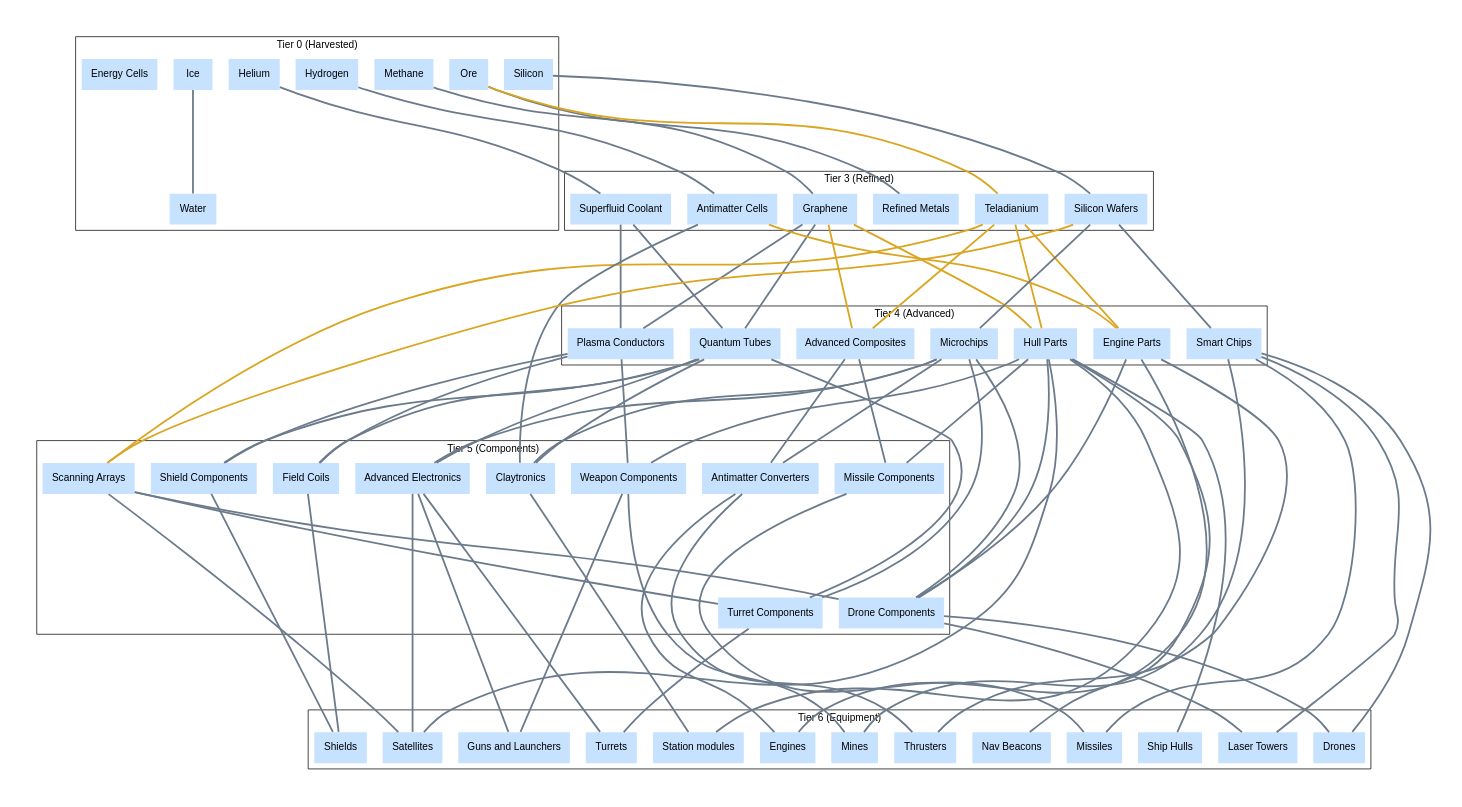
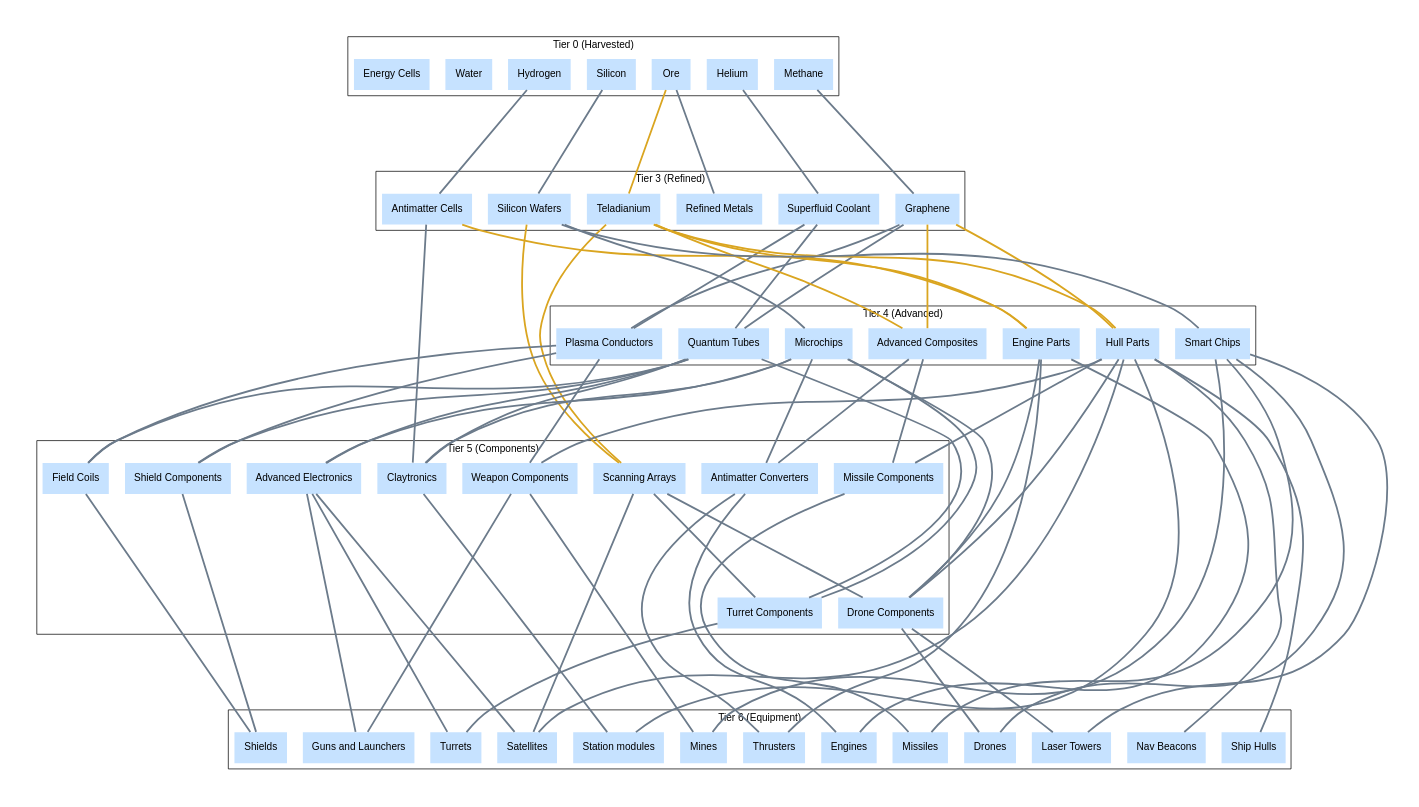
Before and after one commit to borntyping/x4-diagrams: the diagram in docs/teladi_construction_graph.dot, drawn with Graphviz. The commit also changed 76 other files, not shown here.

```diff
--- a/docs/teladi_construction_graph.dot
+++ b/docs/teladi_construction_graph.dot
@@ -1,139 +1,137 @@
 graph "X4 Economy" {
 	compound=true fontname="Helvetica,Arial,sans-serif"
 	graph [nodesep=0.3 pad=0.5 ranksep=2]
 	node [color=slategray1 fontname="Helvetica,Arial,sans-serif" margin=0.2 penwidth=0 shape=record style=filled]
 	edge [fontname="Helvetica,Arial,sans-serif" penwidth=2.5]
 	subgraph 0 {
 		cluster=true label="Tier 0 (Harvested)"
 		Helium [colour=lightsteelblue2 shape=box]
 		Methane [colour=lightsteelblue2 shape=box]
 		Ore [colour=lightsteelblue2 shape=box]
 		Hydrogen [colour=lightsteelblue2 shape=box]
 		Silicon [colour=lightsteelblue2 shape=box]
-		Ice [colour=lightsteelblue2 shape=box]
 		Water [colour=lightsteelblue2 shape=box]
 		"Energy Cells" [colour=lightsteelblue2 shape=box]
 	}
 	subgraph 1 {
 		cluster=true label="Tier 1 (Basic Food)"
 	}
 	subgraph 2 {
 		cluster=true label="Tier 2 (Food and Drugs)"
 	}
 	subgraph 3 {
 		cluster=true label="Tier 3 (Refined)"
 		"Superfluid Coolant" [colour=lightsteelblue2 shape=box]
 		Graphene [colour=lightsteelblue2 shape=box]
 		"Refined Metals" [colour=lightsteelblue2 shape=box]
 		Teladianium [colour=lightsteelblue2 shape=box]
 		"Antimatter Cells" [colour=lightsteelblue2 shape=box]
 		"Silicon Wafers" [colour=lightsteelblue2 shape=box]
 	}
 	subgraph 4 {
 		cluster=true label="Tier 4 (Advanced)"
 		"Plasma Conductors" [colour=lightsteelblue2 shape=box]
 		"Quantum Tubes" [colour=lightsteelblue2 shape=box]
 		"Advanced Composites" [colour=lightsteelblue2 shape=box]
 		"Hull Parts" [colour=lightsteelblue2 shape=box]
 		"Engine Parts" [colour=lightsteelblue2 shape=box]
 		Microchips [colour=lightsteelblue2 shape=box]
 		"Smart Chips" [colour=lightsteelblue2 shape=box]
 	}
 	subgraph 5 {
 		cluster=true label="Tier 5 (Components)"
 		"Drone Components" [colour=lightsteelblue2 shape=box]
 		"Turret Components" [colour=lightsteelblue2 shape=box]
 		"Missile Components" [colour=lightsteelblue2 shape=box]
 		"Field Coils" [colour=lightsteelblue2 shape=box]
 		"Shield Components" [colour=lightsteelblue2 shape=box]
 		"Antimatter Converters" [colour=lightsteelblue2 shape=box]
 		"Weapon Components" [colour=lightsteelblue2 shape=box]
 		"Scanning Arrays" [colour=orange1 shape=box]
 		Claytronics [colour=lightsteelblue2 shape=box]
 		"Advanced Electronics" [colour=lightsteelblue2 shape=box]
 	}
 	subgraph 6 {
 		cluster=true label="Tier 6 (Equipment)"
 		"Ship Hulls" [colour=lightsteelblue2 shape=box]
 		"Nav Beacons" [colour=lightsteelblue2 shape=box]
 		Missiles [colour=lightsteelblue2 shape=box]
 		"Station modules" [colour=hotpink1 shape=box]
 		Engines [colour=hotpink1 shape=box]
 		Thrusters [colour=hotpink1 shape=box]
 		Mines [colour=lightsteelblue2 shape=box]
 		Drones [colour=lightsteelblue2 shape=box]
 		"Laser Towers" [colour=lightsteelblue2 shape=box]
 		Shields [colour=hotpink1 shape=box]
 		Turrets [colour=hotpink1 shape=box]
 		"Guns and Launchers" [colour=hotpink1 shape=box]
 		Satellites [colour=lightsteelblue2 shape=box]
 	}
-	Ice -- Water [color=slategray4 constraint=true]
 	Helium -- "Superfluid Coolant" [color=slategray4 constraint=true]
 	Methane -- Graphene [color=slategray4 constraint=true]
 	Ore -- "Refined Metals" [color=slategray4 constraint=true]
 	Ore -- Teladianium [color=goldenrod constraint=true]
 	Hydrogen -- "Antimatter Cells" [color=slategray4 constraint=true]
 	Silicon -- "Silicon Wafers" [color=slategray4 constraint=true]
 	Graphene -- "Plasma Conductors" [color=slategray4 constraint=true]
 	"Superfluid Coolant" -- "Plasma Conductors" [color=slategray4 constraint=true]
 	Graphene -- "Quantum Tubes" [color=slategray4 constraint=true]
 	"Superfluid Coolant" -- "Quantum Tubes" [color=slategray4 constraint=true]
 	Graphene -- "Advanced Composites" [color=goldenrod constraint=true]
 	Teladianium -- "Advanced Composites" [color=goldenrod constraint=true]
 	Graphene -- "Hull Parts" [color=goldenrod constraint=true]
 	Teladianium -- "Hull Parts" [color=goldenrod constraint=true]
 	"Antimatter Cells" -- "Engine Parts" [color=goldenrod constraint=true]
 	Teladianium -- "Engine Parts" [color=goldenrod constraint=true]
 	"Silicon Wafers" -- Microchips [color=slategray4 constraint=true]
 	"Silicon Wafers" -- "Smart Chips" [color=slategray4 constraint=true]
 	"Engine Parts" -- "Drone Components" [color=slategray4 constraint=true]
 	"Hull Parts" -- "Drone Components" [color=slategray4 constraint=true]
 	Microchips -- "Drone Components" [color=slategray4 constraint=true]
 	"Scanning Arrays" -- "Drone Components" [color=slategray4 constraint=true]
 	Microchips -- "Turret Components" [color=slategray4 constraint=true]
 	"Quantum Tubes" -- "Turret Components" [color=slategray4 constraint=true]
 	"Scanning Arrays" -- "Turret Components" [color=slategray4 constraint=true]
 	"Advanced Composites" -- "Missile Components" [color=slategray4 constraint=true]
 	"Hull Parts" -- "Missile Components" [color=slategray4 constraint=true]
 	"Plasma Conductors" -- "Field Coils" [color=slategray4 constraint=true]
 	"Quantum Tubes" -- "Field Coils" [color=slategray4 constraint=true]
 	"Plasma Conductors" -- "Shield Components" [color=slategray4 constraint=true]
 	"Quantum Tubes" -- "Shield Components" [color=slategray4 constraint=true]
 	"Advanced Composites" -- "Antimatter Converters" [color=slategray4 constraint=true]
 	Microchips -- "Antimatter Converters" [color=slategray4 constraint=true]
 	"Hull Parts" -- "Weapon Components" [color=slategray4 constraint=true]
 	"Plasma Conductors" -- "Weapon Components" [color=slategray4 constraint=true]
 	"Silicon Wafers" -- "Scanning Arrays" [color=goldenrod constraint=true]
 	Teladianium -- "Scanning Arrays" [color=goldenrod constraint=true]
 	"Antimatter Cells" -- Claytronics [color=slategray4 constraint=true]
 	Microchips -- Claytronics [color=slategray4 constraint=true]
 	"Quantum Tubes" -- Claytronics [color=slategray4 constraint=true]
 	Microchips -- "Advanced Electronics" [color=slategray4 constraint=true]
 	"Quantum Tubes" -- "Advanced Electronics" [color=slategray4 constraint=true]
 	"Hull Parts" -- "Ship Hulls" [color=slategray4 constraint=true]
 	"Hull Parts" -- "Nav Beacons" [color=slategray4 constraint=true]
 	"Missile Components" -- Missiles [color=slategray4 constraint=true]
 	"Smart Chips" -- Missiles [color=slategray4 constraint=true]
 	"Hull Parts" -- "Station modules" [color=slategray4 constraint=true]
 	Claytronics -- "Station modules" [color=slategray4 constraint=true]
 	"Antimatter Converters" -- Engines [color=slategray4 constraint=true]
 	"Engine Parts" -- Engines [color=slategray4 constraint=true]
 	"Antimatter Converters" -- Thrusters [color=slategray4 constraint=true]
 	"Engine Parts" -- Thrusters [color=slategray4 constraint=true]
 	"Weapon Components" -- Mines [color=slategray4 constraint=true]
 	"Smart Chips" -- Mines [color=slategray4 constraint=true]
 	"Drone Components" -- Drones [color=slategray4 constraint=true]
 	"Smart Chips" -- Drones [color=slategray4 constraint=true]
 	"Drone Components" -- "Laser Towers" [color=slategray4 constraint=true]
 	"Smart Chips" -- "Laser Towers" [color=slategray4 constraint=true]
 	"Field Coils" -- Shields [color=slategray4 constraint=true]
 	"Shield Components" -- Shields [color=slategray4 constraint=true]
 	"Turret Components" -- Turrets [color=slategray4 constraint=true]
 	"Advanced Electronics" -- Turrets [color=slategray4 constraint=true]
 	"Advanced Electronics" -- "Guns and Launchers" [color=slategray4 constraint=true]
 	"Weapon Components" -- "Guns and Launchers" [color=slategray4 constraint=true]
 	"Scanning Arrays" -- Satellites [color=slategray4 constraint=true]
 	"Advanced Electronics" -- Satellites [color=slategray4 constraint=true]
 	"Hull Parts" -- Satellites [color=slategray4 constraint=true]
 }
```
